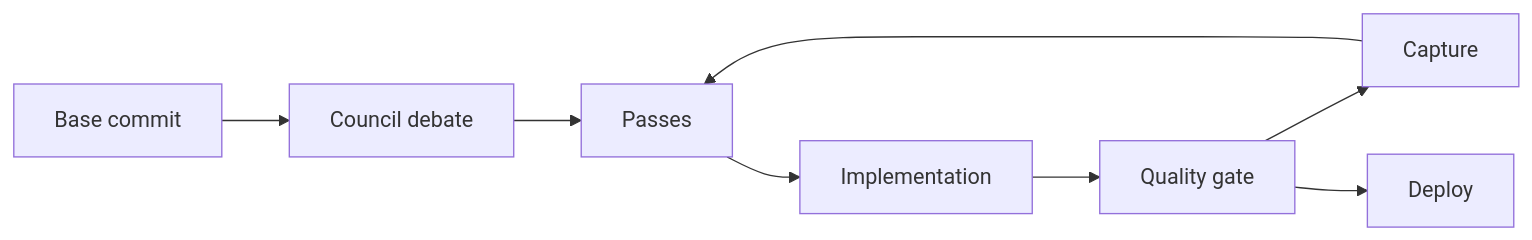
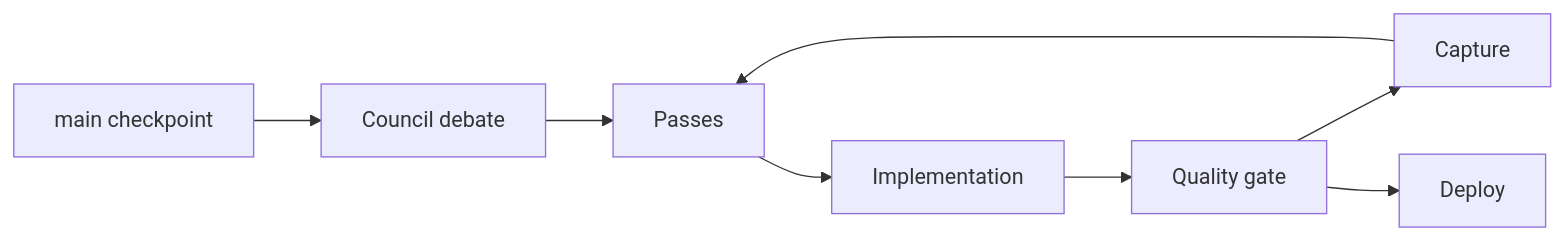
Before and after one commit to puri-adityakumar/bell-loop: the diagram in benchmark/templates/result-readme.md, drawn with Mermaid. The commit also changed other lines of this file and 7 other files, not shown here.

Commit message:
docs(benchmark): make main the model checkpoint

````diff
--- a/benchmark/templates/result-readme.md
+++ b/benchmark/templates/result-readme.md
@@ -65,10 +65,10 @@
 ```mermaid
 flowchart LR
-  B[Base commit] --> C[Council debate]
+  B[main checkpoint] --> C[Council debate]
   C --> P[Passes]
   P --> I[Implementation]
   I --> G[Quality gate]
   G --> C2[Capture]
   C2 --> P
   G --> D[Deploy]
 ```
````
